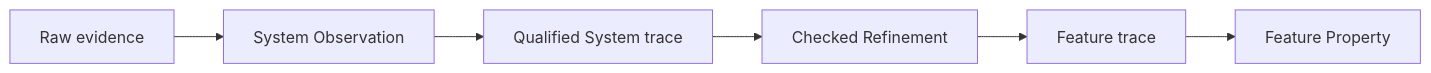
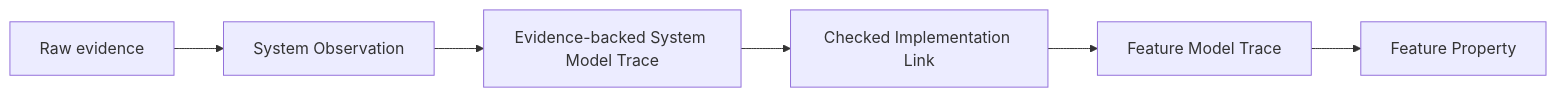
Before and after one commit to stephanos/temporal: the diagram in .flow/specs/fn-32-add-umpire-refinement-and-the-first.md, drawn with Mermaid. The commit also changed other lines of this file and 277 other files, not shown here.

````diff
--- a/.flow/specs/fn-32-add-umpire-refinement-and-the-first.md
+++ b/.flow/specs/fn-32-add-umpire-refinement-and-the-first.md
@@ -19,8 +19,8 @@
 ```mermaid
 flowchart LR
   R[Raw evidence] --> O[System Observation]
-  O --> S[Qualified System trace]
-  S --> F[Checked Refinement]
-  F --> T[Feature trace]
+  O --> S[Evidence-backed System Model Trace]
+  S --> F[Checked Implementation Link]
+  F --> T[Feature Model Trace]
   T --> P[Feature Property]
 ```
````
